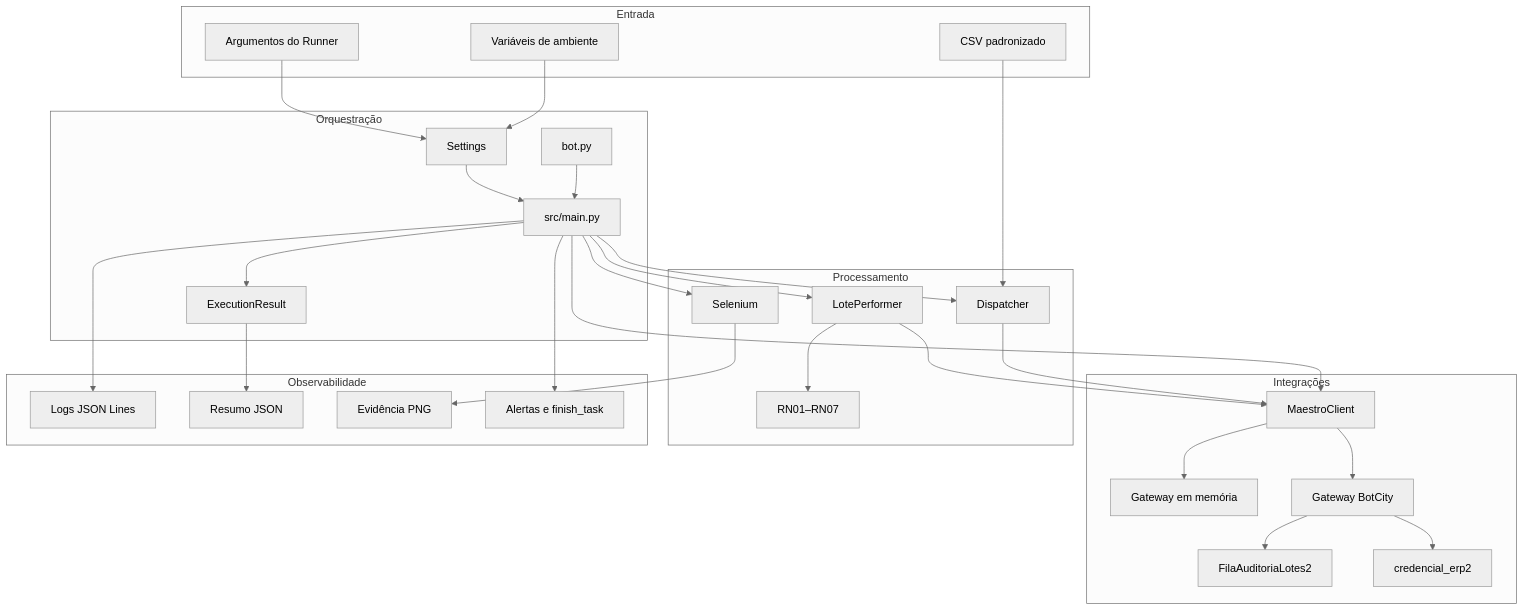
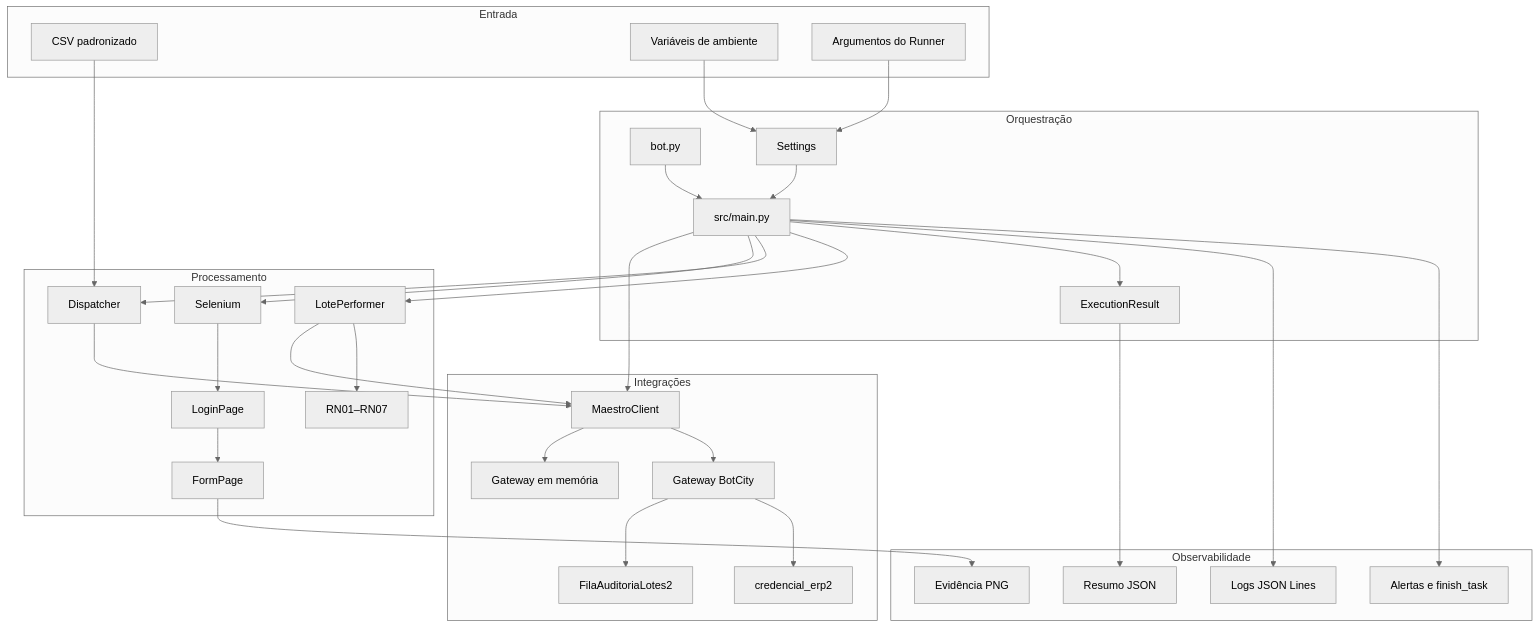
The first of 3 diagrams in docs/ARQUITETURA.md (g-f307/conferencia-de-lotes), drawn with Mermaid (neutral theme) before and after one commit. The commit also changed other lines of this file and 9 other files, not shown here.

````diff
--- a/docs/ARQUITETURA.md
+++ b/docs/ARQUITETURA.md
@@ -24,59 +24,63 @@
 ```mermaid
 flowchart TB
     subgraph Entrada
         CSV[CSV padronizado]
         ENV[Variáveis de ambiente]
         ARGS[Argumentos do Runner]
     end
 
     subgraph Orquestração
         ENTRY[bot.py]
         CONFIG[Settings]
         MAIN[src/main.py]
         RESULT[ExecutionResult]
     end
 
     subgraph Integrações
         MC[MaestroClient]
         IM[Gateway em memória]
         BM[Gateway BotCity]
         DP[FilaAuditoriaLotes2]
         VAULT[credencial_erp2]
     end
 
     subgraph Processamento
         WEB[Selenium]
+        LOGIN[LoginPage]
+        FORM[FormPage]
         DISPATCHER[Dispatcher]
         PERFORMER[LotePerformer]
         RULES[RN01–RN07]
     end
 
     subgraph Observabilidade
         LOG[Logs JSON Lines]
         REPORT[Resumo JSON]
         PNG[Evidência PNG]
         ALERT[Alertas e finish_task]
     end
 
     ENV --> CONFIG
     ARGS --> CONFIG
     ENTRY --> MAIN
     CONFIG --> MAIN
     MAIN --> MC
     MC --> IM
     MC --> BM
     BM --> DP
     BM --> VAULT
     CSV --> DISPATCHER
     MAIN --> WEB
-    WEB --> PNG
+    WEB --> LOGIN
+    LOGIN --> FORM
+    FORM --> PNG
     MAIN --> DISPATCHER
     DISPATCHER --> MC
     MAIN --> PERFORMER
     PERFORMER --> MC
     PERFORMER --> RULES
     MAIN --> RESULT
     RESULT --> REPORT
     MAIN --> LOG
     MAIN --> ALERT
 ```
````
